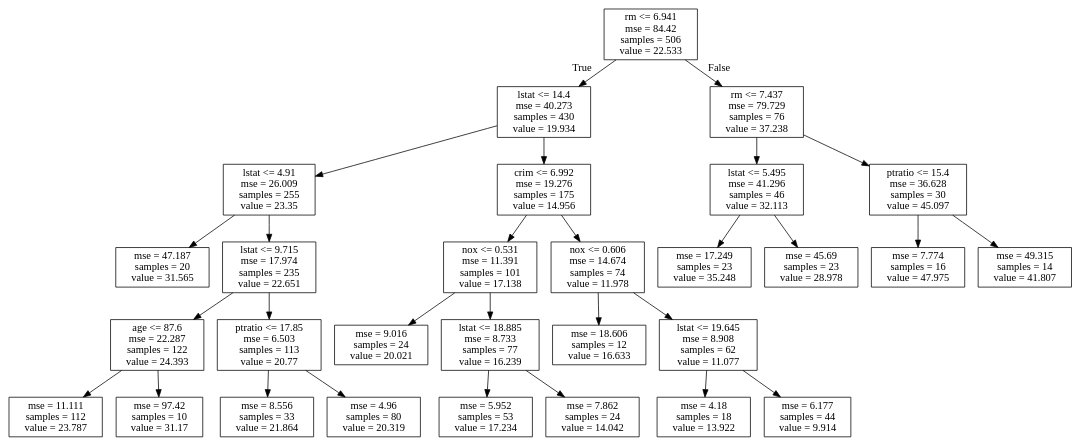
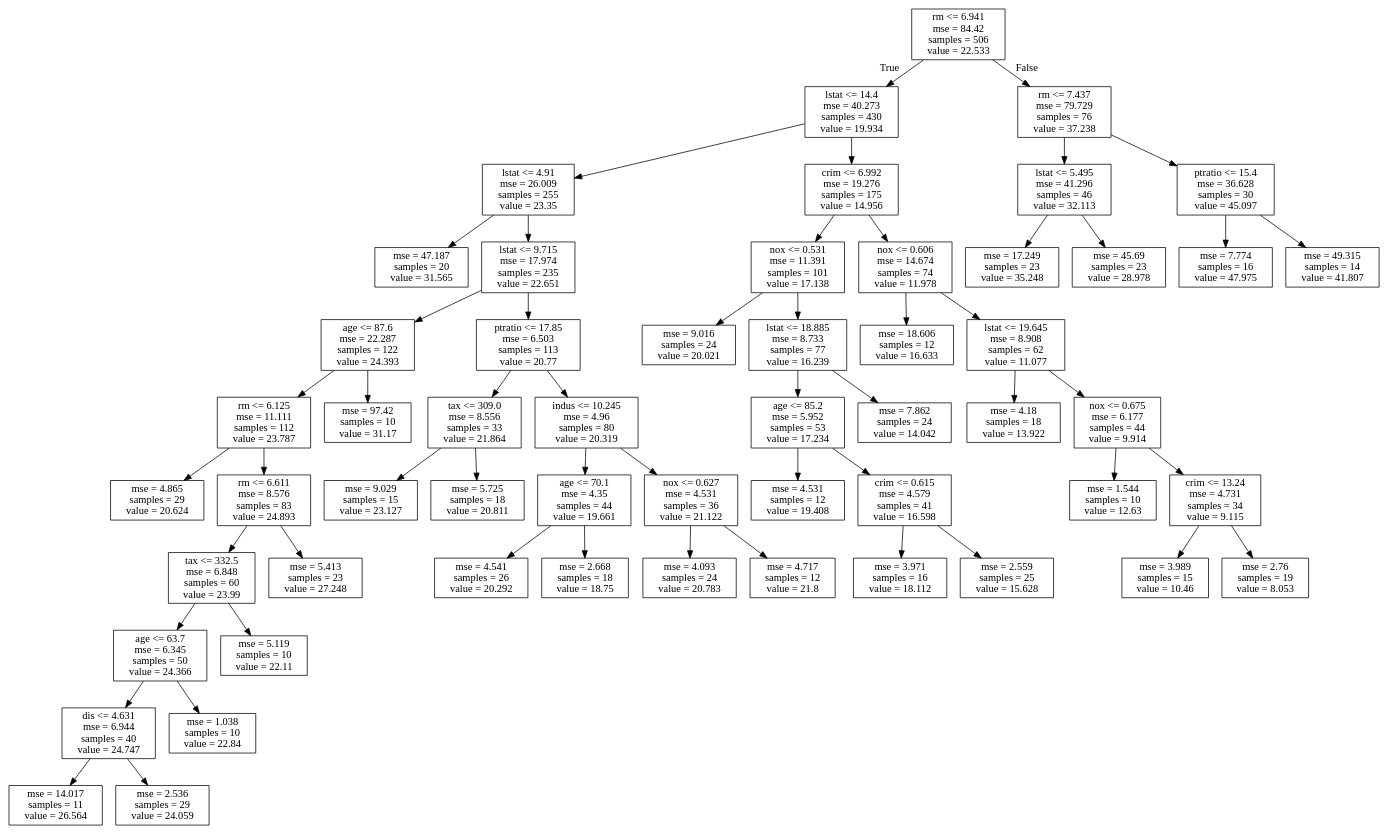
The diagram in python-ml/notebooks/resources/boston_rtree.dot (JhonFiUNFV/Data_Science_JF), drawn with Graphviz before and after one commit. The commit also changed 3 other files, not shown here.

```diff
--- a/python-ml/notebooks/resources/boston_rtree.dot
+++ b/python-ml/notebooks/resources/boston_rtree.dot
@@ -1,60 +1,112 @@
 digraph Tree {
 node [shape=box] ;
 0 [label="rm <= 6.941\nmse = 84.42\nsamples = 506\nvalue = 22.533"] ;
 1 [label="lstat <= 14.4\nmse = 40.273\nsamples = 430\nvalue = 19.934"] ;
 0 -> 1 [labeldistance=2.5, labelangle=45, headlabel="True"] ;
 2 [label="lstat <= 4.91\nmse = 26.009\nsamples = 255\nvalue = 23.35"] ;
 1 -> 2 ;
 3 [label="mse = 47.187\nsamples = 20\nvalue = 31.565"] ;
 2 -> 3 ;
 4 [label="lstat <= 9.715\nmse = 17.974\nsamples = 235\nvalue = 22.651"] ;
 2 -> 4 ;
 5 [label="age <= 87.6\nmse = 22.287\nsamples = 122\nvalue = 24.393"] ;
 4 -> 5 ;
-6 [label="mse = 11.111\nsamples = 112\nvalue = 23.787"] ;
+6 [label="rm <= 6.125\nmse = 11.111\nsamples = 112\nvalue = 23.787"] ;
 5 -> 6 ;
-7 [label="mse = 97.42\nsamples = 10\nvalue = 31.17"] ;
-5 -> 7 ;
-8 [label="ptratio <= 17.85\nmse = 6.503\nsamples = 113\nvalue = 20.77"] ;
-4 -> 8 ;
-9 [label="mse = 8.556\nsamples = 33\nvalue = 21.864"] ;
+7 [label="mse = 4.865\nsamples = 29\nvalue = 20.624"] ;
+6 -> 7 ;
+8 [label="rm <= 6.611\nmse = 8.576\nsamples = 83\nvalue = 24.893"] ;
+6 -> 8 ;
+9 [label="tax <= 332.5\nmse = 6.848\nsamples = 60\nvalue = 23.99"] ;
 8 -> 9 ;
-10 [label="mse = 4.96\nsamples = 80\nvalue = 20.319"] ;
-8 -> 10 ;
-11 [label="crim <= 6.992\nmse = 19.276\nsamples = 175\nvalue = 14.956"] ;
-1 -> 11 ;
-12 [label="nox <= 0.531\nmse = 11.391\nsamples = 101\nvalue = 17.138"] ;
+10 [label="age <= 63.7\nmse = 6.345\nsamples = 50\nvalue = 24.366"] ;
+9 -> 10 ;
+11 [label="dis <= 4.631\nmse = 6.944\nsamples = 40\nvalue = 24.747"] ;
+10 -> 11 ;
+12 [label="mse = 14.017\nsamples = 11\nvalue = 26.564"] ;
 11 -> 12 ;
-13 [label="mse = 9.016\nsamples = 24\nvalue = 20.021"] ;
-12 -> 13 ;
-14 [label="lstat <= 18.885\nmse = 8.733\nsamples = 77\nvalue = 16.239"] ;
-12 -> 14 ;
-15 [label="mse = 5.952\nsamples = 53\nvalue = 17.234"] ;
-14 -> 15 ;
-16 [label="mse = 7.862\nsamples = 24\nvalue = 14.042"] ;
-14 -> 16 ;
-17 [label="nox <= 0.606\nmse = 14.674\nsamples = 74\nvalue = 11.978"] ;
-11 -> 17 ;
-18 [label="mse = 18.606\nsamples = 12\nvalue = 16.633"] ;
-17 -> 18 ;
-19 [label="lstat <= 19.645\nmse = 8.908\nsamples = 62\nvalue = 11.077"] ;
-17 -> 19 ;
-20 [label="mse = 4.18\nsamples = 18\nvalue = 13.922"] ;
+13 [label="mse = 2.536\nsamples = 29\nvalue = 24.059"] ;
+11 -> 13 ;
+14 [label="mse = 1.038\nsamples = 10\nvalue = 22.84"] ;
+10 -> 14 ;
+15 [label="mse = 5.119\nsamples = 10\nvalue = 22.11"] ;
+9 -> 15 ;
+16 [label="mse = 5.413\nsamples = 23\nvalue = 27.248"] ;
+8 -> 16 ;
+17 [label="mse = 97.42\nsamples = 10\nvalue = 31.17"] ;
+5 -> 17 ;
+18 [label="ptratio <= 17.85\nmse = 6.503\nsamples = 113\nvalue = 20.77"] ;
+4 -> 18 ;
+19 [label="tax <= 309.0\nmse = 8.556\nsamples = 33\nvalue = 21.864"] ;
+18 -> 19 ;
+20 [label="mse = 9.029\nsamples = 15\nvalue = 23.127"] ;
 19 -> 20 ;
-21 [label="mse = 6.177\nsamples = 44\nvalue = 9.914"] ;
+21 [label="mse = 5.725\nsamples = 18\nvalue = 20.811"] ;
 19 -> 21 ;
-22 [label="rm <= 7.437\nmse = 79.729\nsamples = 76\nvalue = 37.238"] ;
-0 -> 22 [labeldistance=2.5, labelangle=-45, headlabel="False"] ;
-23 [label="lstat <= 5.495\nmse = 41.296\nsamples = 46\nvalue = 32.113"] ;
+22 [label="indus <= 10.245\nmse = 4.96\nsamples = 80\nvalue = 20.319"] ;
+18 -> 22 ;
+23 [label="age <= 70.1\nmse = 4.35\nsamples = 44\nvalue = 19.661"] ;
 22 -> 23 ;
-24 [label="mse = 17.249\nsamples = 23\nvalue = 35.248"] ;
+24 [label="mse = 4.541\nsamples = 26\nvalue = 20.292"] ;
 23 -> 24 ;
-25 [label="mse = 45.69\nsamples = 23\nvalue = 28.978"] ;
+25 [label="mse = 2.668\nsamples = 18\nvalue = 18.75"] ;
 23 -> 25 ;
-26 [label="ptratio <= 15.4\nmse = 36.628\nsamples = 30\nvalue = 45.097"] ;
+26 [label="nox <= 0.627\nmse = 4.531\nsamples = 36\nvalue = 21.122"] ;
 22 -> 26 ;
-27 [label="mse = 7.774\nsamples = 16\nvalue = 47.975"] ;
+27 [label="mse = 4.093\nsamples = 24\nvalue = 20.783"] ;
 26 -> 27 ;
-28 [label="mse = 49.315\nsamples = 14\nvalue = 41.807"] ;
+28 [label="mse = 4.717\nsamples = 12\nvalue = 21.8"] ;
 26 -> 28 ;
+29 [label="crim <= 6.992\nmse = 19.276\nsamples = 175\nvalue = 14.956"] ;
+1 -> 29 ;
+30 [label="nox <= 0.531\nmse = 11.391\nsamples = 101\nvalue = 17.138"] ;
+29 -> 30 ;
+31 [label="mse = 9.016\nsamples = 24\nvalue = 20.021"] ;
+30 -> 31 ;
+32 [label="lstat <= 18.885\nmse = 8.733\nsamples = 77\nvalue = 16.239"] ;
+30 -> 32 ;
+33 [label="age <= 85.2\nmse = 5.952\nsamples = 53\nvalue = 17.234"] ;
+32 -> 33 ;
+34 [label="mse = 4.531\nsamples = 12\nvalue = 19.408"] ;
+33 -> 34 ;
+35 [label="crim <= 0.615\nmse = 4.579\nsamples = 41\nvalue = 16.598"] ;
+33 -> 35 ;
+36 [label="mse = 3.971\nsamples = 16\nvalue = 18.112"] ;
+35 -> 36 ;
+37 [label="mse = 2.559\nsamples = 25\nvalue = 15.628"] ;
+35 -> 37 ;
+38 [label="mse = 7.862\nsamples = 24\nvalue = 14.042"] ;
+32 -> 38 ;
+39 [label="nox <= 0.606\nmse = 14.674\nsamples = 74\nvalue = 11.978"] ;
+29 -> 39 ;
+40 [label="mse = 18.606\nsamples = 12\nvalue = 16.633"] ;
+39 -> 40 ;
+41 [label="lstat <= 19.645\nmse = 8.908\nsamples = 62\nvalue = 11.077"] ;
+39 -> 41 ;
+42 [label="mse = 4.18\nsamples = 18\nvalue = 13.922"] ;
+41 -> 42 ;
+43 [label="nox <= 0.675\nmse = 6.177\nsamples = 44\nvalue = 9.914"] ;
+41 -> 43 ;
+44 [label="mse = 1.544\nsamples = 10\nvalue = 12.63"] ;
+43 -> 44 ;
+45 [label="crim <= 13.24\nmse = 4.731\nsamples = 34\nvalue = 9.115"] ;
+43 -> 45 ;
+46 [label="mse = 3.989\nsamples = 15\nvalue = 10.46"] ;
+45 -> 46 ;
+47 [label="mse = 2.76\nsamples = 19\nvalue = 8.053"] ;
+45 -> 47 ;
+48 [label="rm <= 7.437\nmse = 79.729\nsamples = 76\nvalue = 37.238"] ;
+0 -> 48 [labeldistance=2.5, labelangle=-45, headlabel="False"] ;
+49 [label="lstat <= 5.495\nmse = 41.296\nsamples = 46\nvalue = 32.113"] ;
+48 -> 49 ;
+50 [label="mse = 17.249\nsamples = 23\nvalue = 35.248"] ;
+49 -> 50 ;
+51 [label="mse = 45.69\nsamples = 23\nvalue = 28.978"] ;
+49 -> 51 ;
+52 [label="ptratio <= 15.4\nmse = 36.628\nsamples = 30\nvalue = 45.097"] ;
+48 -> 52 ;
+53 [label="mse = 7.774\nsamples = 16\nvalue = 47.975"] ;
+52 -> 53 ;
+54 [label="mse = 49.315\nsamples = 14\nvalue = 41.807"] ;
+52 -> 54 ;
 }
```
